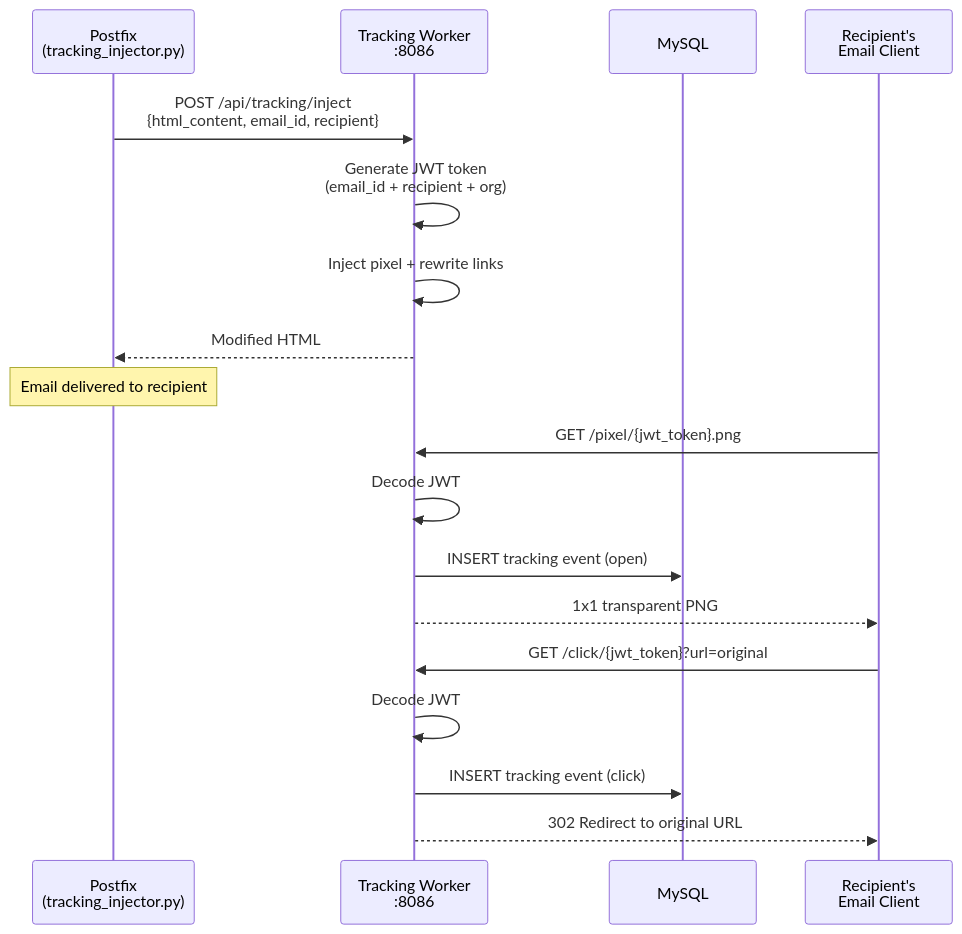
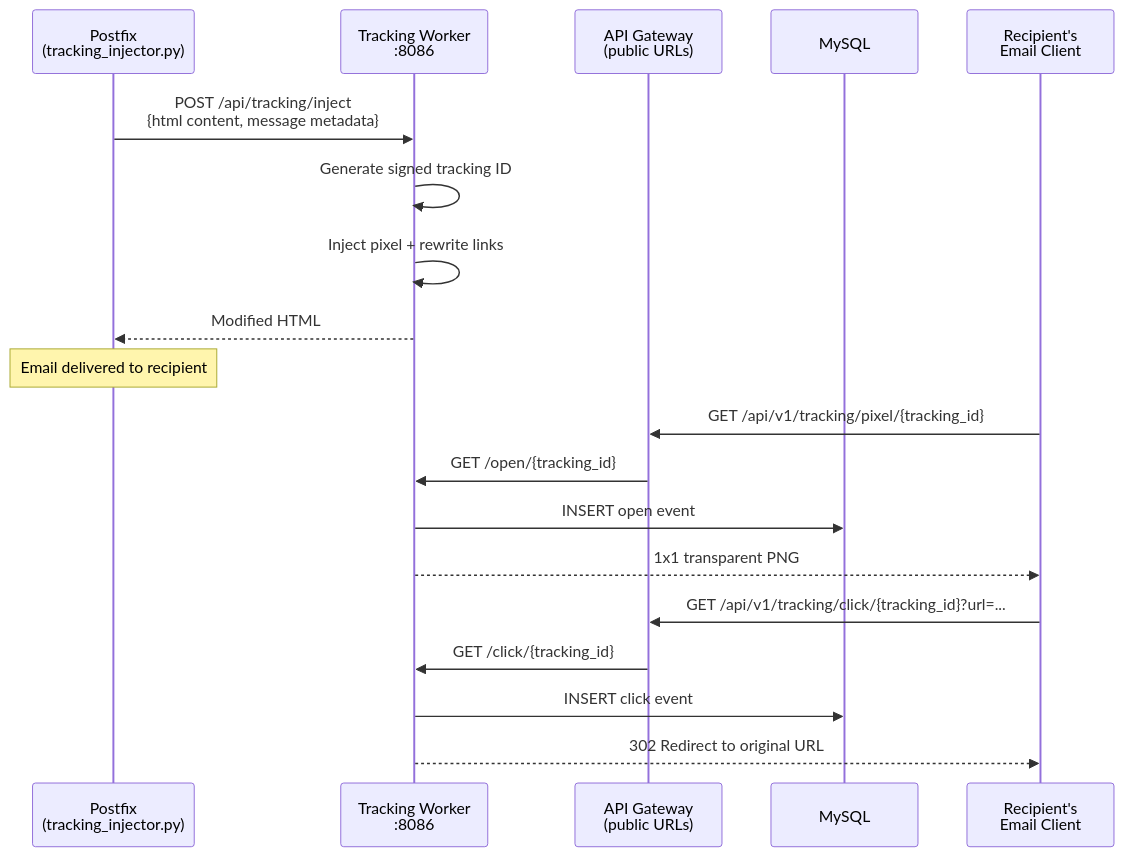
Before and after one commit to Techies-Africa/mailyte-mail-server-community: the diagram in docs/worker/tracking.md, drawn with Mermaid. The commit also changed other lines of this file and 481 other files, not shown here.

````diff
--- a/docs/worker/tracking.md
+++ b/docs/worker/tracking.md
@@ -17,24 +17,25 @@
 ```mermaid
 sequenceDiagram
     participant PF as Postfix<br/>(tracking_injector.py)
     participant TW as Tracking Worker<br/>:8086
+    participant GW as API Gateway<br/>(public URLs)
     participant DB as MySQL
     participant R as Recipient's<br/>Email Client
 
-    PF->>TW: POST /api/tracking/inject<br/>{html_content, email_id, recipient}
-    TW->>TW: Generate JWT token<br/>(email_id + recipient + org)
+    PF->>TW: POST /api/tracking/inject<br/>{html content, message metadata}
+    TW->>TW: Generate signed tracking ID
     TW->>TW: Inject pixel + rewrite links
     TW-->>PF: Modified HTML
 
     Note over PF: Email delivered to recipient
 
-    R->>TW: GET /pixel/{jwt_token}.png
-    TW->>TW: Decode JWT
-    TW->>DB: INSERT tracking event (open)
+    R->>GW: GET /api/v1/tracking/pixel/{tracking_id}
+    GW->>TW: GET /open/{tracking_id}
+    TW->>DB: INSERT open event
     TW-->>R: 1x1 transparent PNG
 
-    R->>TW: GET /click/{jwt_token}?url=original
-    TW->>TW: Decode JWT
-    TW->>DB: INSERT tracking event (click)
+    R->>GW: GET /api/v1/tracking/click/{tracking_id}?url=...
+    GW->>TW: GET /click/{tracking_id}
+    TW->>DB: INSERT click event
     TW-->>R: 302 Redirect to original URL
 ```
````
